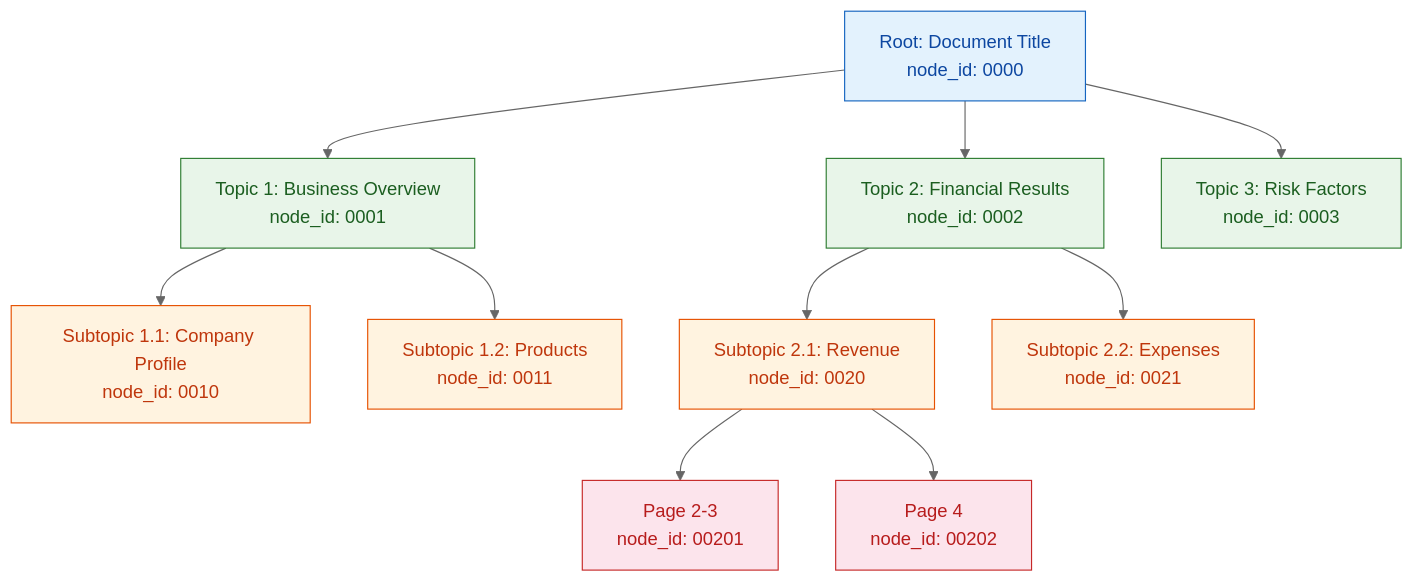
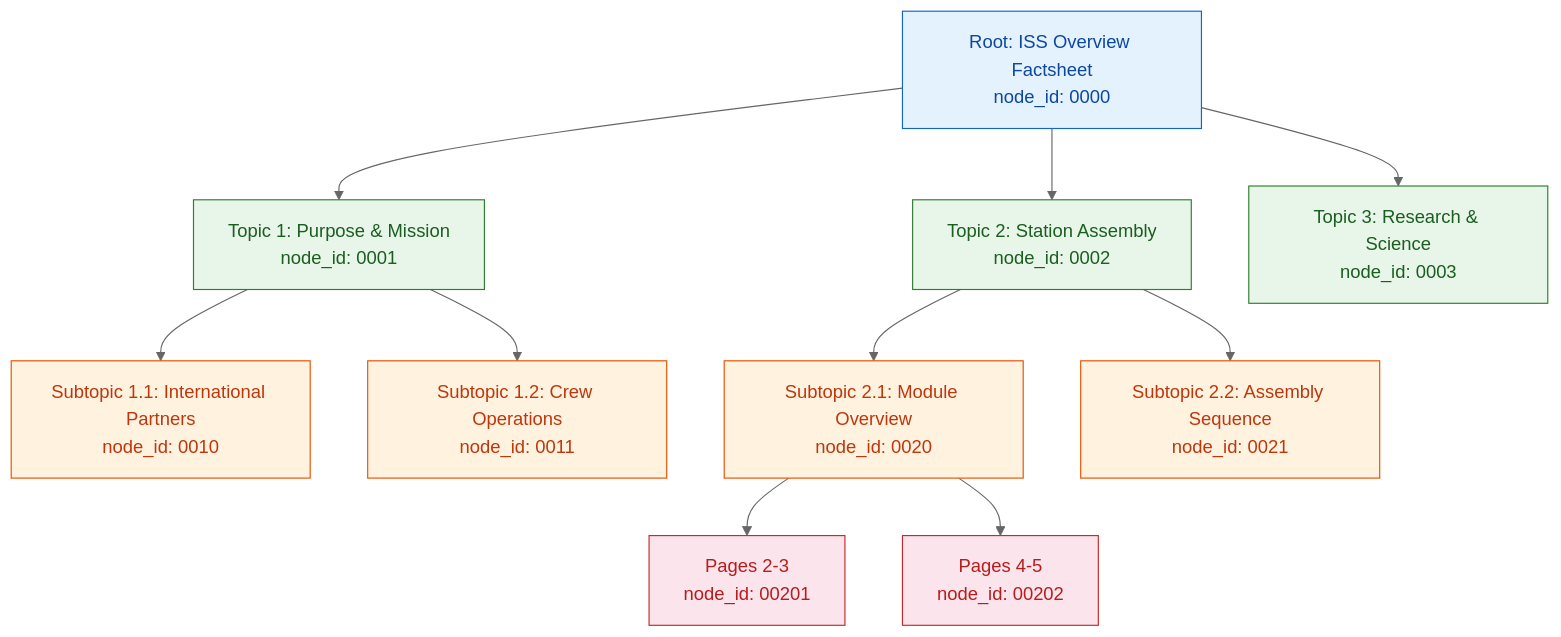
One commit to AyushSinghRana15/Vectorless-RAG changed the third of 6 diagrams in lab1/lab1_vectorless_rag.md. Above: the diagram before and after it, drawn with Mermaid (neutral theme). The commit also changed other lines of this file, not shown here.

Commit message:
Update markdown examples to match NASA ISS PDF instead of earnings release

````diff
--- a/lab1/lab1_vectorless_rag.md
+++ b/lab1/lab1_vectorless_rag.md
@@ -84,28 +84,28 @@
 ```mermaid
 graph TD
-    R["Root: Document Title<br/>node_id: 0000"]
+    R["Root: ISS Overview Factsheet<br/>node_id: 0000"]
 
-    R --> A["Topic 1: Business Overview<br/>node_id: 0001"]
-    R --> B["Topic 2: Financial Results<br/>node_id: 0002"]
-    R --> C["Topic 3: Risk Factors<br/>node_id: 0003"]
+    R --> A["Topic 1: Purpose & Mission<br/>node_id: 0001"]
+    R --> B["Topic 2: Station Assembly<br/>node_id: 0002"]
+    R --> C["Topic 3: Research & Science<br/>node_id: 0003"]
 
-    A --> A1["Subtopic 1.1: Company Profile<br/>node_id: 0010"]
-    A --> A2["Subtopic 1.2: Products<br/>node_id: 0011"]
+    A --> A1["Subtopic 1.1: International Partners<br/>node_id: 0010"]
+    A --> A2["Subtopic 1.2: Crew Operations<br/>node_id: 0011"]
 
-    B --> B1["Subtopic 2.1: Revenue<br/>node_id: 0020"]
-    B --> B2["Subtopic 2.2: Expenses<br/>node_id: 0021"]
+    B --> B1["Subtopic 2.1: Module Overview<br/>node_id: 0020"]
+    B --> B2["Subtopic 2.2: Assembly Sequence<br/>node_id: 0021"]
 
-    B1 --> B1a["Page 2-3<br/>node_id: 00201"]
-    B1 --> B1b["Page 4<br/>node_id: 00202"]
+    B1 --> B1a["Pages 2-3<br/>node_id: 00201"]
+    B1 --> B1b["Pages 4-5<br/>node_id: 00202"]
 
     style R fill:#e3f2fd,stroke:#1565c0,color:#0d47a1
     style A fill:#e8f5e9,stroke:#2e7d32,color:#1b5e20
     style B fill:#e8f5e9,stroke:#2e7d32,color:#1b5e20
     style C fill:#e8f5e9,stroke:#2e7d32,color:#1b5e20
     style A1 fill:#fff3e0,stroke:#e65100,color:#bf360c
     style A2 fill:#fff3e0,stroke:#e65100,color:#bf360c
     style B1 fill:#fff3e0,stroke:#e65100,color:#bf360c
     style B2 fill:#fff3e0,stroke:#e65100,color:#bf360c
     style B1a fill:#fce4ec,stroke:#c62828,color:#b71c1c
     style B1b fill:#fce4ec,stroke:#c62828,color:#b71c1c
 ```
````
